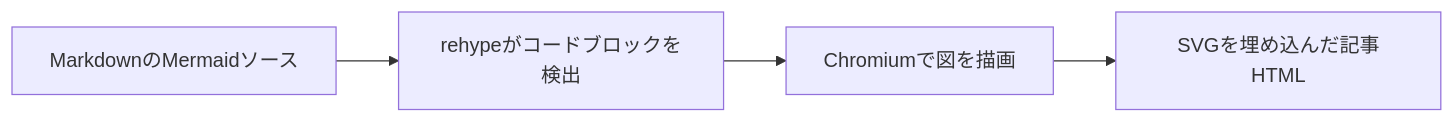
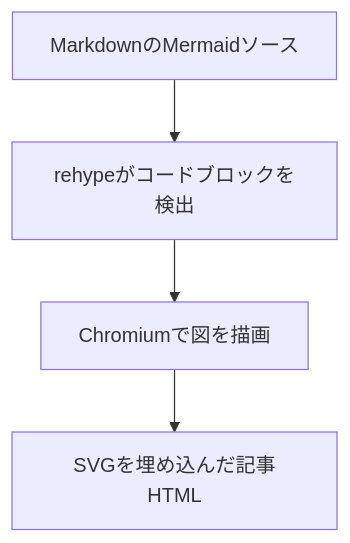
Before and after one commit to kurosiko/trail: the diagram in src/content/posts/Astro/mermaid.md, drawn with Mermaid. The commit also changed other lines of this file and 67 other files, not shown here.

````diff
--- a/src/content/posts/Astro/mermaid.md
+++ b/src/content/posts/Astro/mermaid.md
@@ -17,8 +17,8 @@
 ```mermaid
-flowchart LR
+flowchart TD
     accTitle: Markdownから記事のSVGを生成
     accDescr: ビルド時にコードブロックを読み、Chromiumで描画したSVGを記事HTMLに埋め込む。
     A[MarkdownのMermaidソース] --> B[rehypeがコードブロックを検出]
     B --> C[Chromiumで図を描画]
     C --> D[SVGを埋め込んだ記事HTML]
 ```
````
